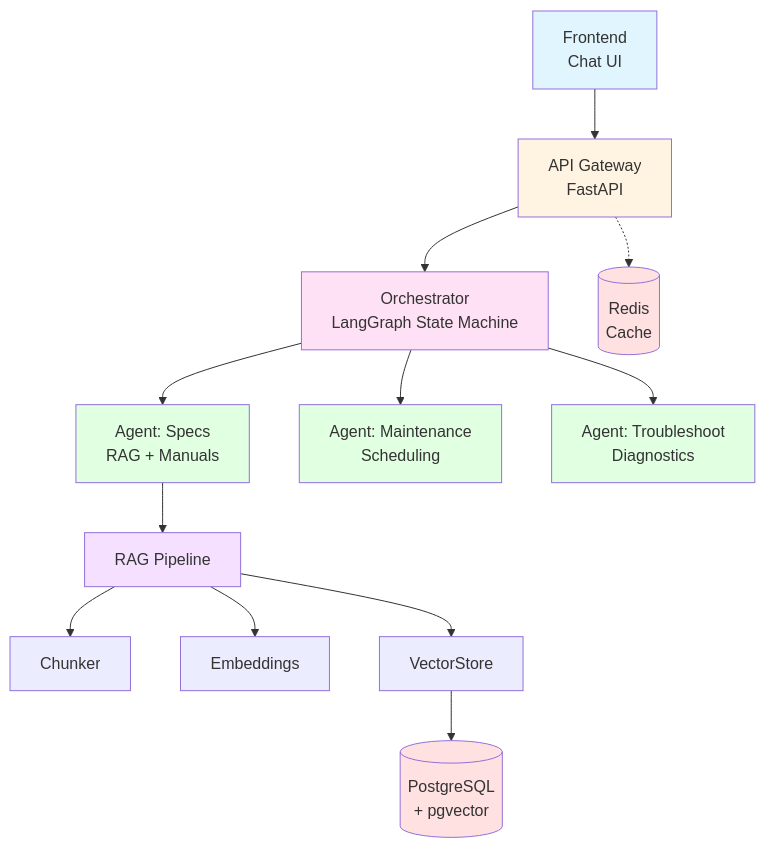
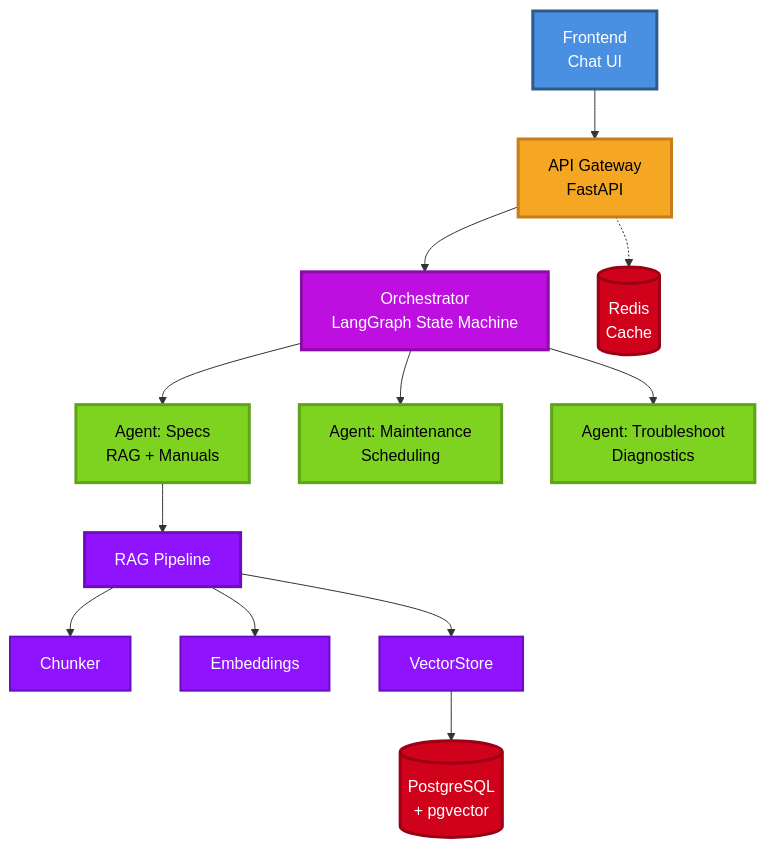
Before and after one commit to Dumorro/genai-auto: the diagram in README.md, drawn with Mermaid. The commit also changed 1 other file, not shown here.

Commit message:
docs: improve Mermaid diagrams visibility for dark mode
- Use vibrant, high-contrast colors
- Add thicker borders (3-4px) for better definition
- Ensure text contrast (white on dark, black on light)
- Colors work well in both light and dark themes

````diff
--- a/README.md
+++ b/README.md
@@ -18,28 +18,31 @@
 ```mermaid
 graph TD
     A[Frontend<br/>Chat UI] --> B[API Gateway<br/>FastAPI]
     B --> C[Orchestrator<br/>LangGraph State Machine]
     
     C --> D[Agent: Specs<br/>RAG + Manuals]
     C --> E[Agent: Maintenance<br/>Scheduling]
     C --> F[Agent: Troubleshoot<br/>Diagnostics]
     
     D --> G[RAG Pipeline]
     G --> H[Chunker]
     G --> I[Embeddings]
     G --> J[VectorStore]
     
     J --> K[(PostgreSQL<br/>+ pgvector)]
     
     B -.-> L[(Redis<br/>Cache)]
     
-    style A fill:#e1f5ff
-    style B fill:#fff4e1
-    style C fill:#ffe1f5
-    style D fill:#e1ffe1
-    style E fill:#e1ffe1
-    style F fill:#e1ffe1
-    style G fill:#f5e1ff
-    style K fill:#ffe1e1
-    style L fill:#ffe1e1
+    style A fill:#4A90E2,stroke:#2E5C8A,stroke-width:3px,color:#fff
+    style B fill:#F5A623,stroke:#C77D1A,stroke-width:3px,color:#000
+    style C fill:#BD10E0,stroke:#8A0CAA,stroke-width:3px,color:#fff
+    style D fill:#7ED321,stroke:#5FA319,stroke-width:3px,color:#000
+    style E fill:#7ED321,stroke:#5FA319,stroke-width:3px,color:#000
+    style F fill:#7ED321,stroke:#5FA319,stroke-width:3px,color:#000
+    style G fill:#9013FE,stroke:#6B0EBE,stroke-width:3px,color:#fff
+    style H fill:#9013FE,stroke:#6B0EBE,stroke-width:2px,color:#fff
+    style I fill:#9013FE,stroke:#6B0EBE,stroke-width:2px,color:#fff
+    style J fill:#9013FE,stroke:#6B0EBE,stroke-width:2px,color:#fff
+    style K fill:#D0021B,stroke:#9A0114,stroke-width:3px,color:#fff
+    style L fill:#D0021B,stroke:#9A0114,stroke-width:3px,color:#fff
 ```
````
